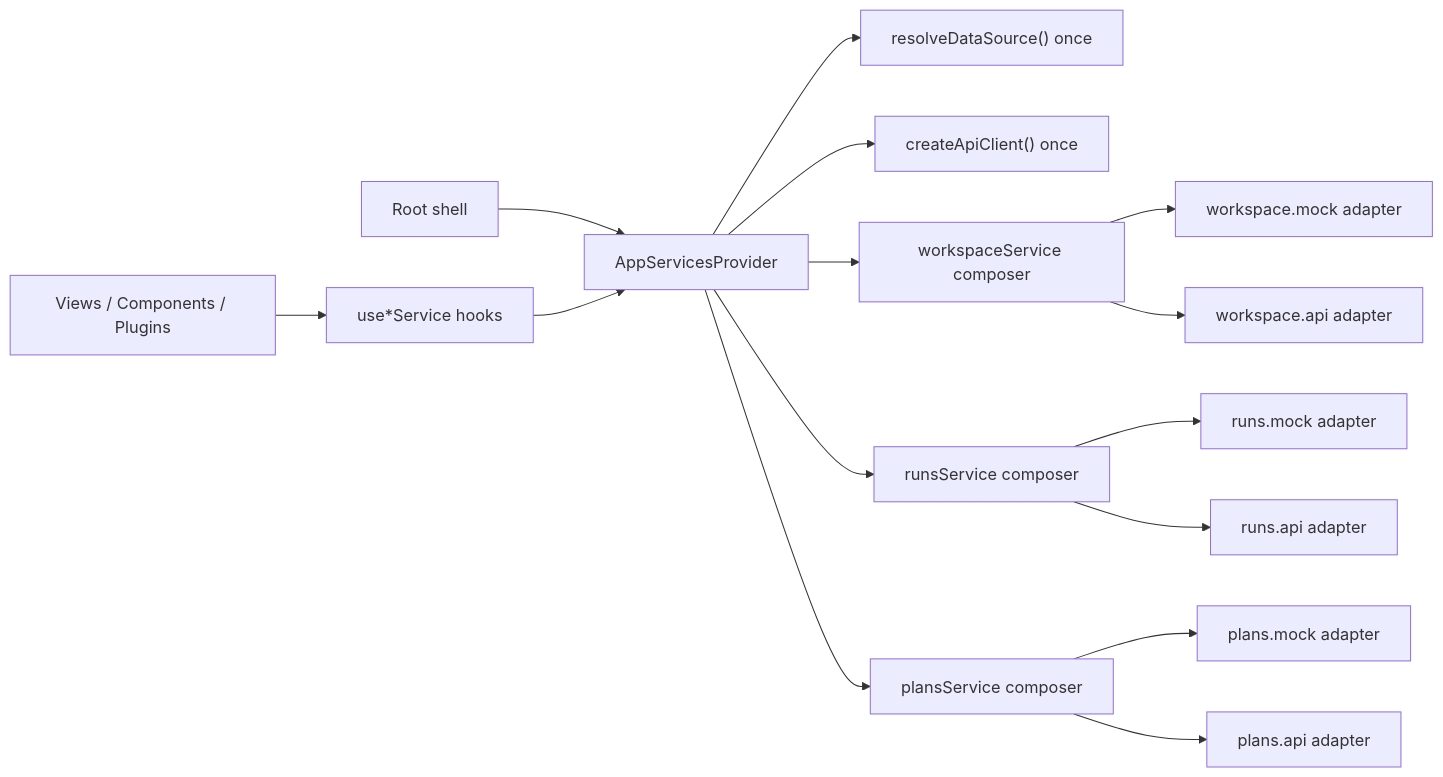
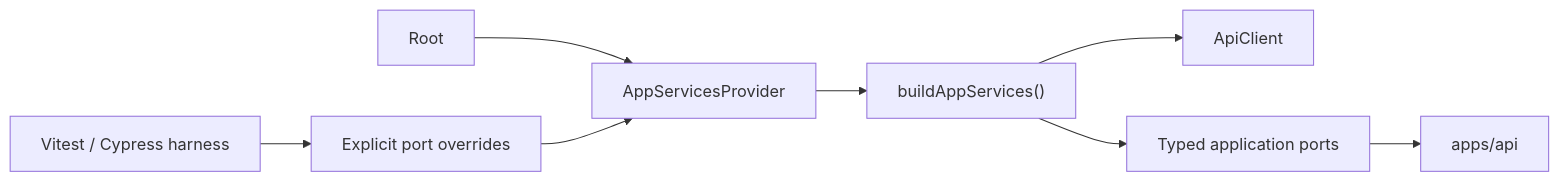
The diagram in docs/architecture/components/web/appshell/data-source-service-boundary.md (dunay2/dvt), drawn with Mermaid before and after one commit. The commit also changed other lines of this file and 10 other files, not shown here.

````diff
--- a/docs/architecture/components/web/appshell/data-source-service-boundary.md
+++ b/docs/architecture/components/web/appshell/data-source-service-boundary.md
@@ -61,20 +26,10 @@
 ```mermaid
 flowchart LR
-  Root["Root shell"] --> Provider["AppServicesProvider"]
-  Provider --> Mode["resolveDataSource() once"]
-  Provider --> ApiClient["createApiClient() once"]
-
-  Provider --> WS["workspaceService composer"]
-  Provider --> RS["runsService composer"]
-  Provider --> PS["plansService composer"]
-
-  WS --> WSM["workspace.mock adapter"]
-  WS --> WSA["workspace.api adapter"]
-  RS --> RSM["runs.mock adapter"]
-  RS --> RSA["runs.api adapter"]
-  PS --> PSM["plans.mock adapter"]
-  PS --> PSA["plans.api adapter"]
-
-  Views["Views / Components / Plugins"] --> Hooks["use*Service hooks"]
-  Hooks --> Provider
+  Root["Root"] --> Provider["AppServicesProvider"]
+  Provider --> Composition["buildAppServices()"]
+  Composition --> Client["ApiClient"]
+  Composition --> Ports["Typed application ports"]
+  Ports --> Api["apps/api"]
+  Tests["Vitest / Cypress harness"] --> Overrides["Explicit port overrides"]
+  Overrides --> Provider
 ```
````
